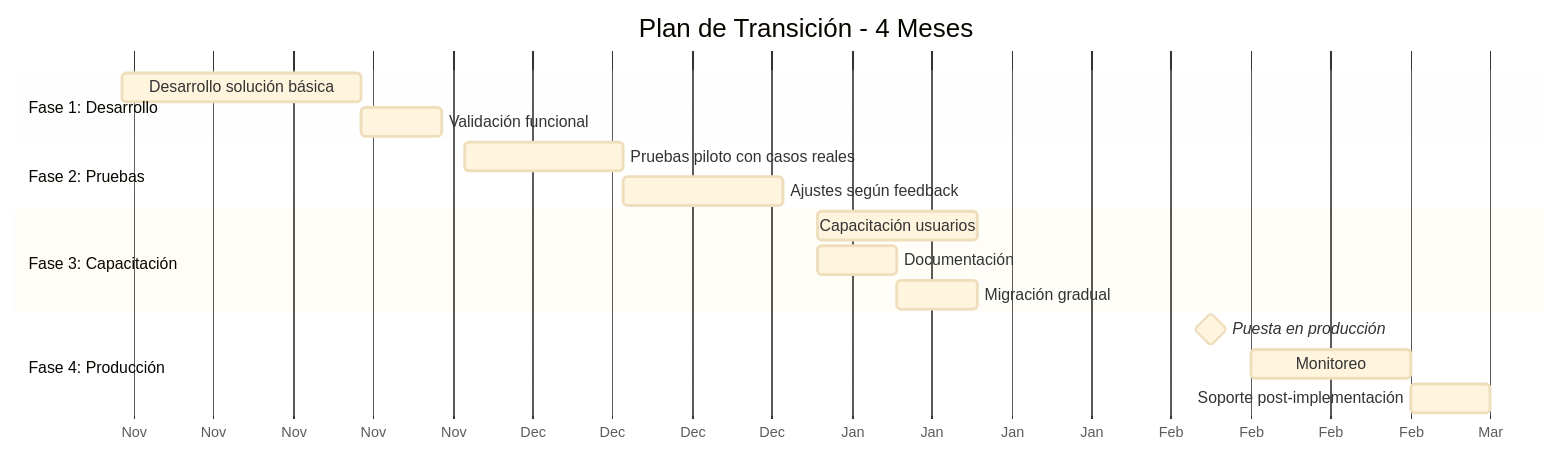
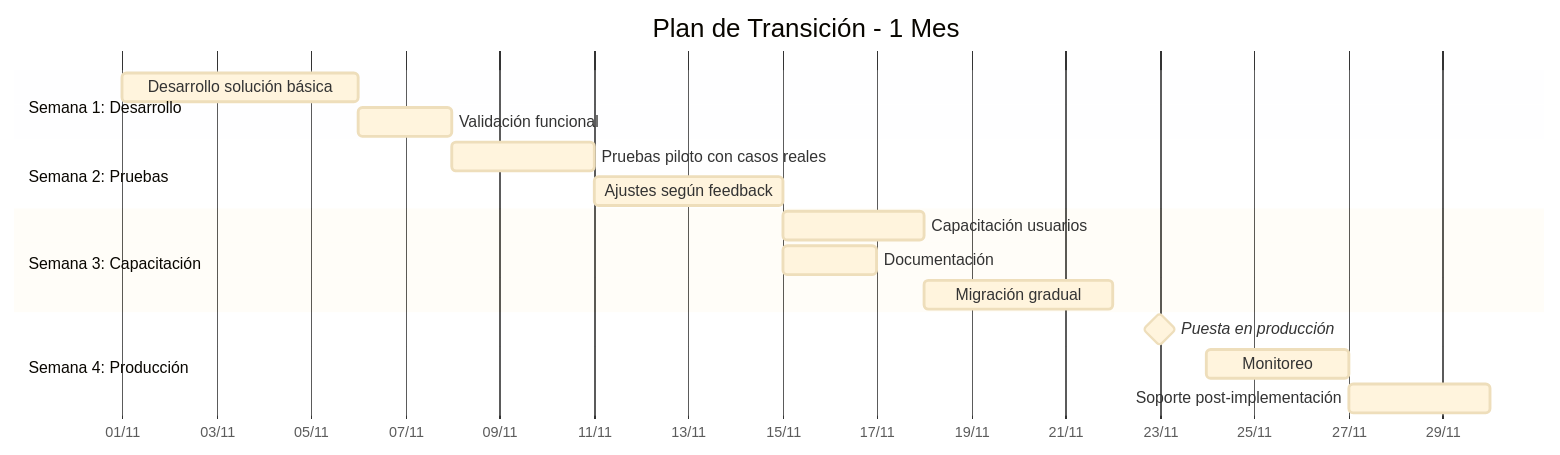
Before and after one commit to anders2D/email-domain-migration-processor: the diagram in docs/pdd/diagrams/roadmap-transicion.mmd, drawn with Mermaid. The commit also changed 55 other files, not shown here.

```diff
--- a/docs/pdd/diagrams/roadmap-transicion.mmd
+++ b/docs/pdd/diagrams/roadmap-transicion.mmd
@@ -1,23 +1,23 @@
 %%{init: {'theme':'base'}}%%
 gantt
-    title Plan de Transición - 4 Meses
-    dateFormat YYYY-MM
-    axisFormat %b
+    title Plan de Transición - 1 Mes
+    dateFormat YYYY-MM-DD
+    axisFormat %d/%m
     
-    section Fase 1: Desarrollo
-    Desarrollo solución básica           :f1a, 2025-11, 3w
-    Validación funcional                 :f1b, after f1a, 1w
+    section Semana 1: Desarrollo
+    Desarrollo solución básica           :f1a, 2025-11-01, 5d
+    Validación funcional                 :f1b, after f1a, 2d
     
-    section Fase 2: Pruebas
-    Pruebas piloto con casos reales      :f2a, 2025-12, 2w
-    Ajustes según feedback               :f2b, after f2a, 2w
+    section Semana 2: Pruebas
+    Pruebas piloto con casos reales      :f2a, 2025-11-08, 3d
+    Ajustes según feedback               :f2b, after f2a, 4d
     
-    section Fase 3: Capacitación
-    Capacitación usuarios                :f3a, 2026-01, 2w
-    Documentación                        :f3b, 2026-01, 1w
-    Migración gradual                    :f3c, after f3b, 1w
+    section Semana 3: Capacitación
+    Capacitación usuarios                :f3a, 2025-11-15, 3d
+    Documentación                        :f3b, 2025-11-15, 2d
+    Migración gradual                    :f3c, after f3a, 4d
     
-    section Fase 4: Producción
-    Puesta en producción                 :milestone, f4a, 2026-02, 1w
-    Monitoreo                            :f4b, after f4a, 2w
-    Soporte post-implementación          :f4c, after f4b, 1w
+    section Semana 4: Producción
+    Puesta en producción                 :milestone, f4a, 2025-11-22, 2d
+    Monitoreo                            :f4b, after f4a, 3d
+    Soporte post-implementación          :f4c, after f4b, 3d
```
